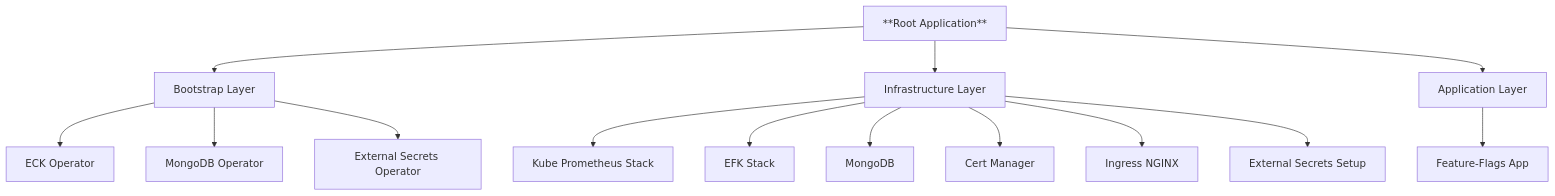
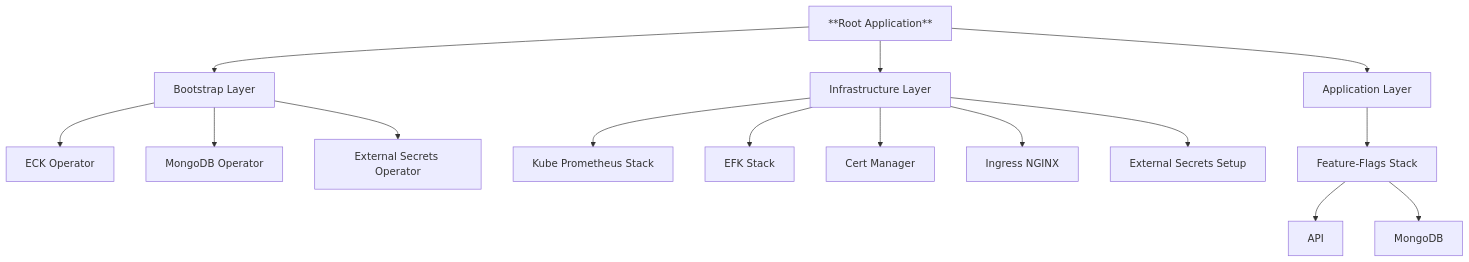
Before and after one commit to shaarron/feature-flags-resources: the diagram in README.md, drawn with Mermaid. The commit also changed other lines of this file and 18 other files, not shown here.

Commit message:
umbrella chart for feature flags api + mongodb

````diff
--- a/README.md
+++ b/README.md
@@ -25,18 +34,19 @@
 ```mermaid
 graph TD
   A[**Root Application**] --> B[Bootstrap Layer]
   B --> B2[ECK Operator]
   B --> B3[MongoDB Operator]
   B --> B4[External Secrets Operator]
 
   A --> C[Infrastructure Layer]
   C --> C1[Kube Prometheus Stack]
   C --> C2[EFK Stack]
-  C --> C3[MongoDB]
   C --> C4[Cert Manager]
   C --> C5[Ingress NGINX]
   C --> C6[External Secrets Setup]
 
   A --> D[Application Layer]
-  D --> D1[Feature-Flags App]
+  D --> D1[Feature-Flags Stack]
+  D1 --> D2[API]
+  D1 --> D3[MongoDB]
 ```
````
